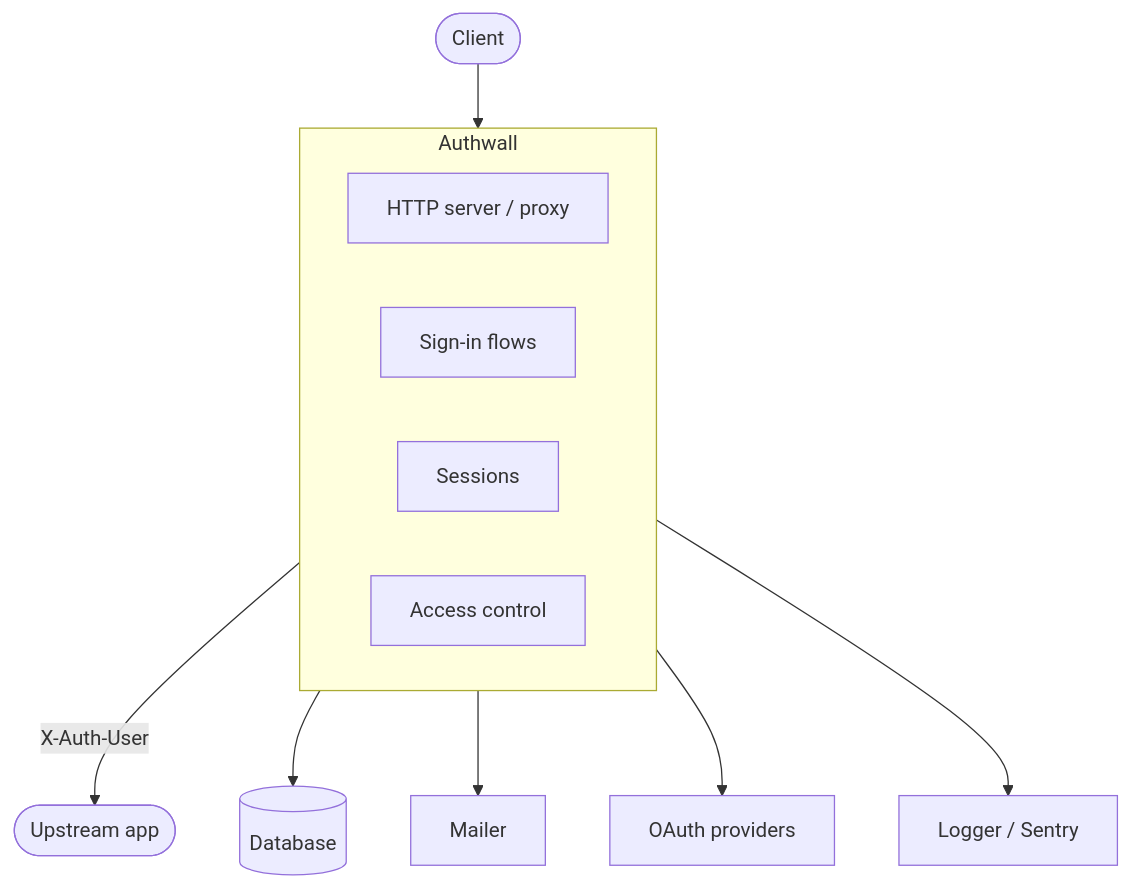
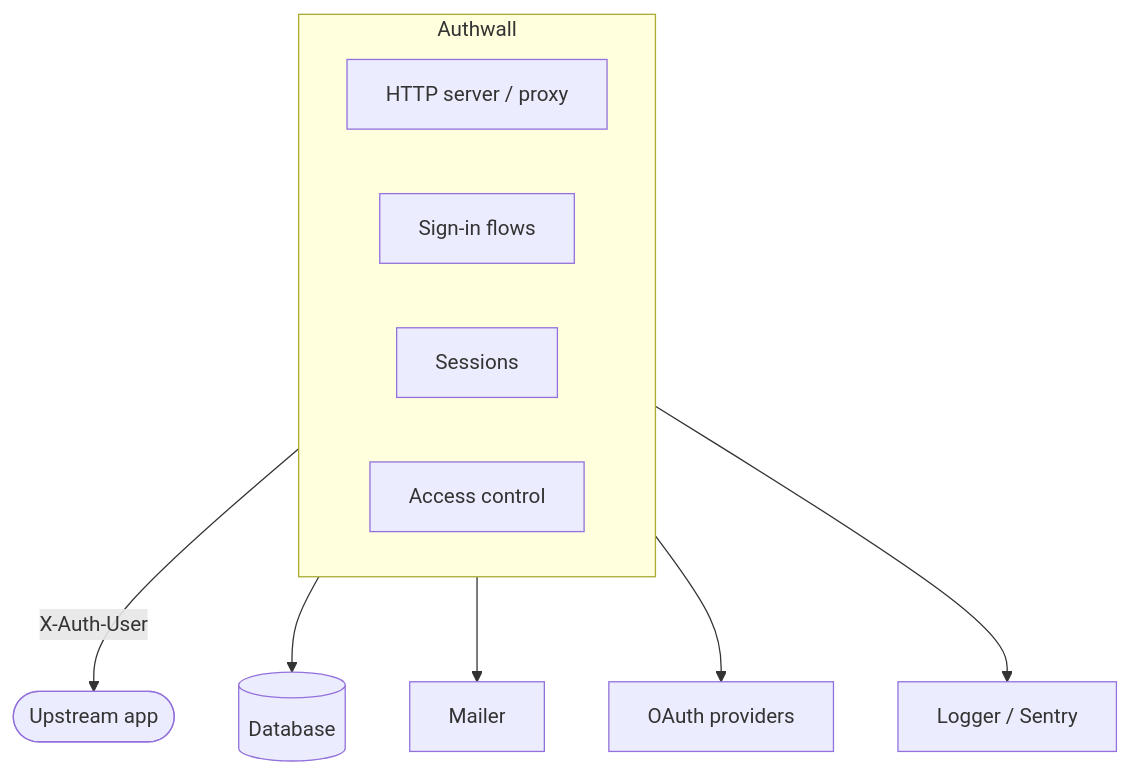
Before and after one commit to vbarbarosh/authwall: the diagram in docs/architecture.md, drawn with Mermaid.

````diff
--- a/docs/architecture.md
+++ b/docs/architecture.md
@@ -7,24 +7,21 @@
 ```mermaid
 flowchart TB
-    client([Client])
-
     subgraph authwall [Authwall]
         server[HTTP server / proxy]
         flows[Sign-in flows]
         sessions[Sessions]
         access[Access control]
     end
 
     app([Upstream app])
     db[(Database)]
     mailer[Mailer]
     oauth[OAuth providers]
     obs[Logger / Sentry]
 
-    client --> authwall
     authwall -->|X-Auth-User| app
     authwall --> db
     authwall --> mailer
     authwall --> oauth
     authwall --> obs
 ```
````
